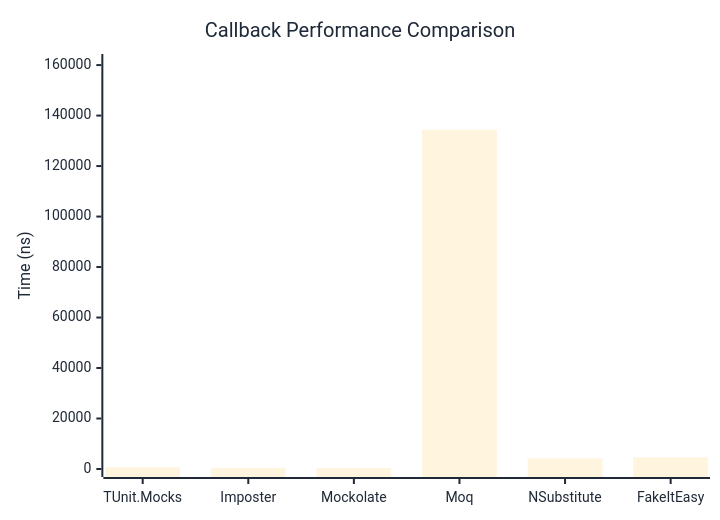
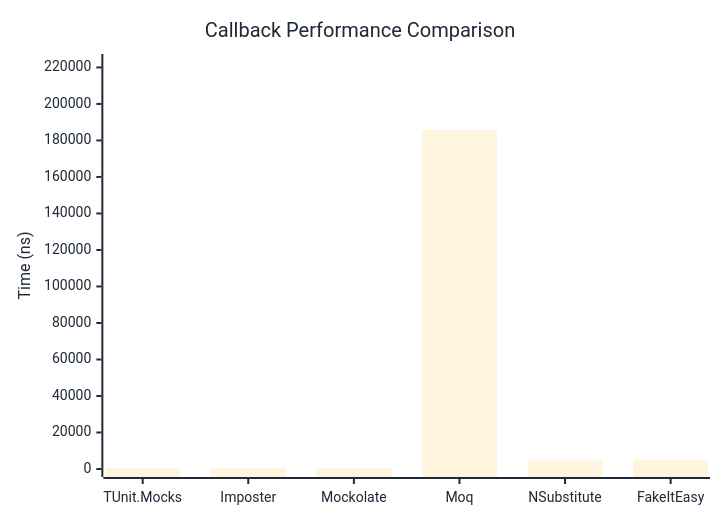
One commit to thomhurst/TUnit changed the first of 2 diagrams in docs/docs/benchmarks/mocks/Callback.md. Above: the diagram before and after it, drawn with Mermaid. The commit also changed other lines of this file and 14 other files, not shown here.

````diff
--- a/docs/docs/benchmarks/mocks/Callback.md
+++ b/docs/docs/benchmarks/mocks/Callback.md
@@ -30,27 +30,27 @@
 ```mermaid
 %%{init: {
   'theme':'base',
   'themeVariables': {
     'primaryColor': '#2563eb',
     'primaryTextColor': '#1f2937',
     'primaryBorderColor': '#1e40af',
     'lineColor': '#6b7280',
     'secondaryColor': '#7c3aed',
     'tertiaryColor': '#dc2626',
     'background': '#ffffff',
     'pie1': '#2563eb',
     'pie2': '#7c3aed',
     'pie3': '#dc2626',
     'pie4': '#f59e0b',
     'pie5': '#10b981',
     'pie6': '#06b6d4',
     'pie7': '#ec4899',
     'pie8': '#6366f1'
   }
 }}%%
 xychart-beta
   title "Callback Performance Comparison"
   x-axis ["TUnit.Mocks", "Imposter", "Mockolate", "Moq", "NSubstitute", "FakeItEasy"]
-  y-axis "Time (ns)" 0 --> 161223
-  bar [677.5, 471.3, 349.4, 134351.8, 4234.9, 4621.9]
+  y-axis "Time (ns)" 0 --> 222976
+  bar [659.3, 450.1, 354.5, 185813.2, 4573, 5136.8]
 ```
````
